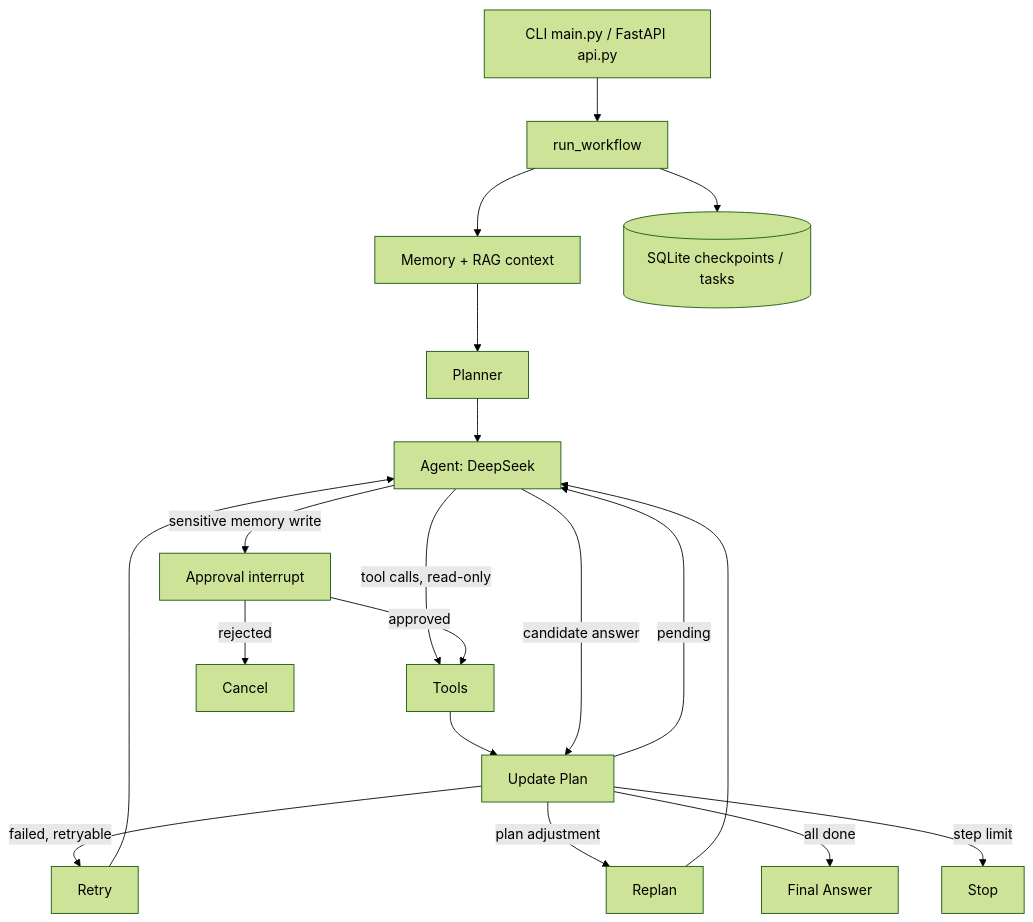
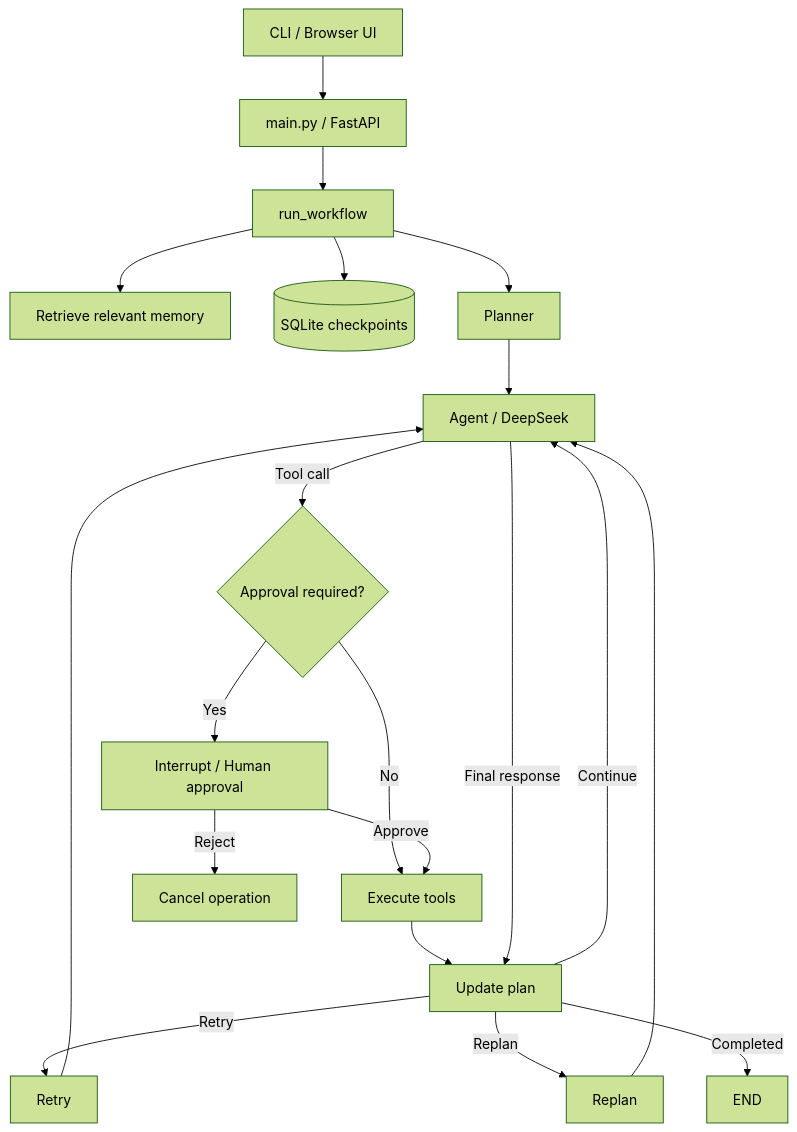
Before and after one commit to LarsG33/agent_project: the diagram in README.md, drawn with Mermaid (forest theme). The commit also changed other lines of this file, not shown here.

Commit message:
docs: present public-facing project README with architecture, usage and limitations

````diff
--- a/README.md
+++ b/README.md
@@ -19,21 +23,22 @@
 ```mermaid
 flowchart TD
-    U[CLI main.py / FastAPI api.py] --> W[run_workflow]
-    W --> M[Memory + RAG context]
-    W --> C[(SQLite checkpoints / tasks)]
-    M --> P[Planner]
-    P --> A[Agent: DeepSeek]
-    A -->|tool calls, read-only| T[Tools]
-    A -->|sensitive memory write| H[Approval interrupt]
-    H -->|approved| T
-    H -->|rejected| X[Cancel]
-    T --> UP[Update Plan]
-    A -->|candidate answer| UP
-    UP -->|pending| A
-    UP -->|failed, retryable| R[Retry]
-    R --> A
-    UP -->|plan adjustment| RP[Replan]
-    RP --> A
-    UP -->|all done| F[Final Answer]
-    UP -->|step limit| S[Stop]
+    UI[CLI / Browser UI] --> API[main.py / FastAPI]
+    API --> W[run_workflow]
+    W --> MEM[Retrieve relevant memory]
+    W --> CP[(SQLite checkpoints)]
+    W --> P[Planner]
+    P --> A[Agent / DeepSeek]
+    A -->|Tool call| ROUTE{Approval required?}
+    ROUTE -->|No| T[Execute tools]
+    ROUTE -->|Yes| AP[Interrupt / Human approval]
+    AP -->|Approve| T
+    AP -->|Reject| CANCEL[Cancel operation]
+    T --> U[Update plan]
+    A -->|Final response| U
+    U -->|Continue| A
+    U -->|Retry| RETRY[Retry]
+    RETRY --> A
+    U -->|Replan| REPLAN[Replan]
+    REPLAN --> A
+    U -->|Completed| END[END]
 ```
````
